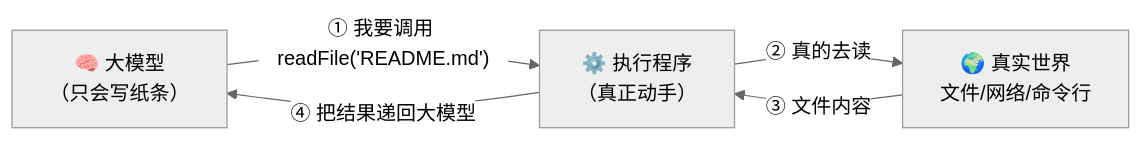
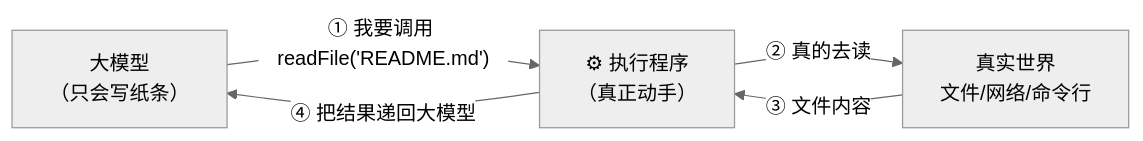
Before and after one commit to luckykhy/KhyAiHub: the first of 7 diagrams in docs/02_CONCEPTS_概念入门/CONCEPT/[CONCEPT-02] 什么是ToolCalling-工具调用.md, drawn with Mermaid (neutral theme). The commit also changed other lines of this file and 19 other files, not shown here.

````diff
--- a/docs/02_CONCEPTS_概念入门/CONCEPT/[CONCEPT-02] 什么是ToolCalling-工具调用.md
+++ b/docs/02_CONCEPTS_概念入门/CONCEPT/[CONCEPT-02] 什么是ToolCalling-工具调用.md
@@ -35,10 +35,10 @@
 ```mermaid
 flowchart LR
-  LLM["🧠 大模型<br/>（只会写纸条）"]
-  RUNNER["⚙️ 执行程序<br/>（真正动手）"]
-  WORLD["🌍 真实世界<br/>文件/网络/命令行"]
+  LLM["大模型<br/>（只会写纸条）"]
+  RUNNER["⚙ 执行程序<br/>（真正动手）"]
+  WORLD["真实世界<br/>文件/网络/命令行"]
   LLM -- "① 我要调用 readFile('README.md')" --> RUNNER
   RUNNER -- "② 真的去读" --> WORLD
   WORLD -- "③ 文件内容" --> RUNNER
   RUNNER -- "④ 把结果递回大模型" --> LLM
 ```
````
